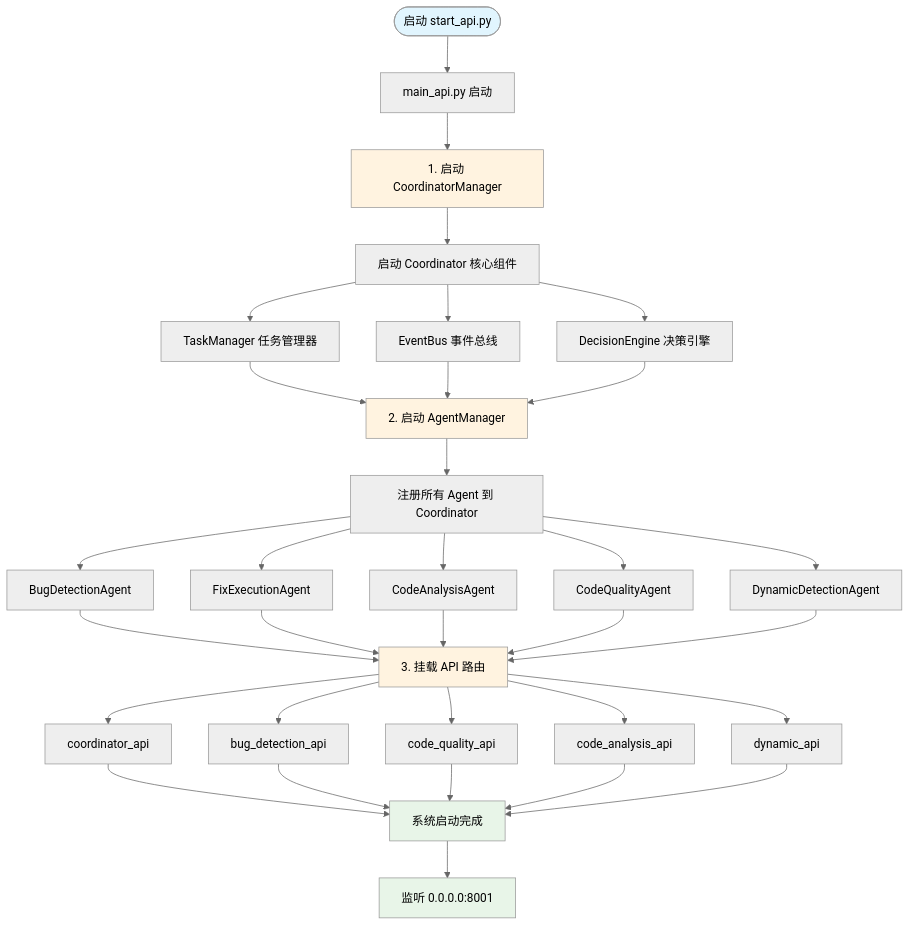
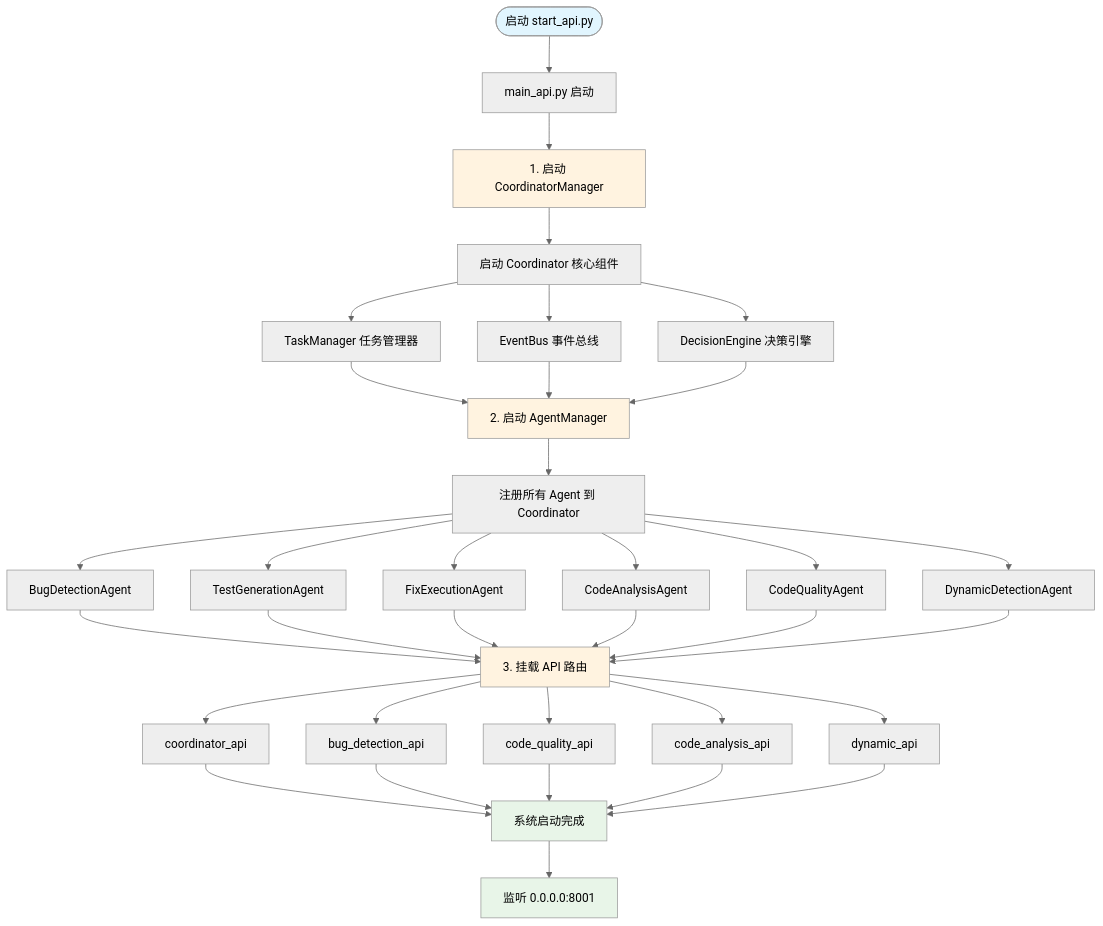
Before and after one commit to zhuxie0719/CodeAgent: the first of 5 diagrams in docs/workflow_diagram.md, drawn with Mermaid (neutral theme). The commit also changed other lines of this file and 4 other files, not shown here.

````diff
--- a/docs/workflow_diagram.md
+++ b/docs/workflow_diagram.md
@@ -5,48 +5,50 @@
 ```mermaid
 flowchart TD
     START([启动 start_api.py]) --> MAIN[main_api.py 启动]
     
     MAIN --> COORD[1. 启动 CoordinatorManager]
     COORD --> COORD_SUB[启动 Coordinator 核心组件]
     COORD_SUB --> TM[TaskManager 任务管理器]
     COORD_SUB --> EB[EventBus 事件总线]
     COORD_SUB --> DE[DecisionEngine 决策引擎]
     
     TM --> AGENT_MGR[2. 启动 AgentManager]
     EB --> AGENT_MGR
     DE --> AGENT_MGR
     
     AGENT_MGR --> REG[注册所有 Agent 到 Coordinator]
     REG --> BDA[BugDetectionAgent]
+    REG --> TGA[TestGenerationAgent]
     REG --> FEA[FixExecutionAgent]
     REG --> CAA[CodeAnalysisAgent]
     REG --> CQA[CodeQualityAgent]
     REG --> DDA[DynamicDetectionAgent]
     
     BDA --> MOUNT[3. 挂载 API 路由]
+    TGA --> MOUNT
     FEA --> MOUNT
     CAA --> MOUNT
     CQA --> MOUNT
     DDA --> MOUNT
     
     MOUNT --> API1[coordinator_api]
     MOUNT --> API2[bug_detection_api]
     MOUNT --> API3[code_quality_api]
     MOUNT --> API4[code_analysis_api]
     MOUNT --> API5[dynamic_api]
     
     API1 --> READY[系统启动完成]
     API2 --> READY
     API3 --> READY
     API4 --> READY
     API5 --> READY
     
     READY --> LISTEN[监听 0.0.0.0:8001]
     
     style START fill:#e1f5fe
     style READY fill:#e8f5e8
     style LISTEN fill:#e8f5e8
     style COORD fill:#fff3e0
     style AGENT_MGR fill:#fff3e0
     style MOUNT fill:#fff3e0
 ```
````
